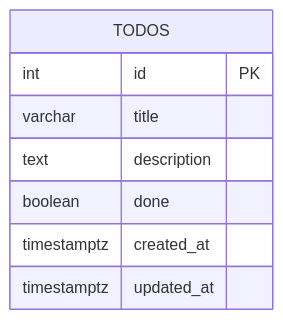
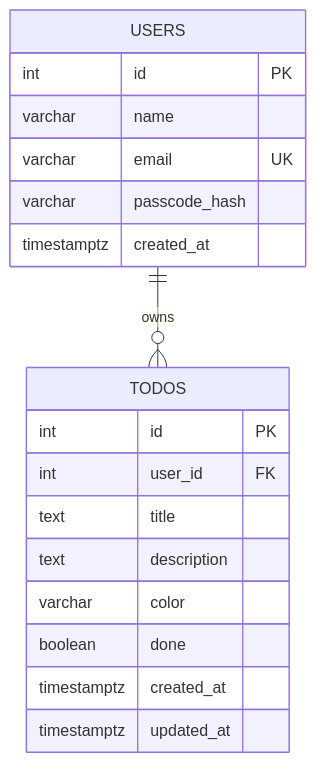
The second of 2 diagrams in README.md (MrSriJay/python-todo-api), drawn with Mermaid before and after one commit. The commit also changed other lines of this file and 37 other files, not shown here.

````diff
--- a/README.md
+++ b/README.md
@@ -53,11 +66,21 @@
 ```mermaid
 erDiagram
+  USERS ||--o{ TODOS : owns
+  USERS {
+    int id PK
+    varchar name
+    varchar email UK
+    varchar passcode_hash
+    timestamptz created_at
+  }
   TODOS {
     int id PK
-    varchar title
+    int user_id FK
+    text title
     text description
+    varchar color
     boolean done
     timestamptz created_at
     timestamptz updated_at
   }
 ```
````
